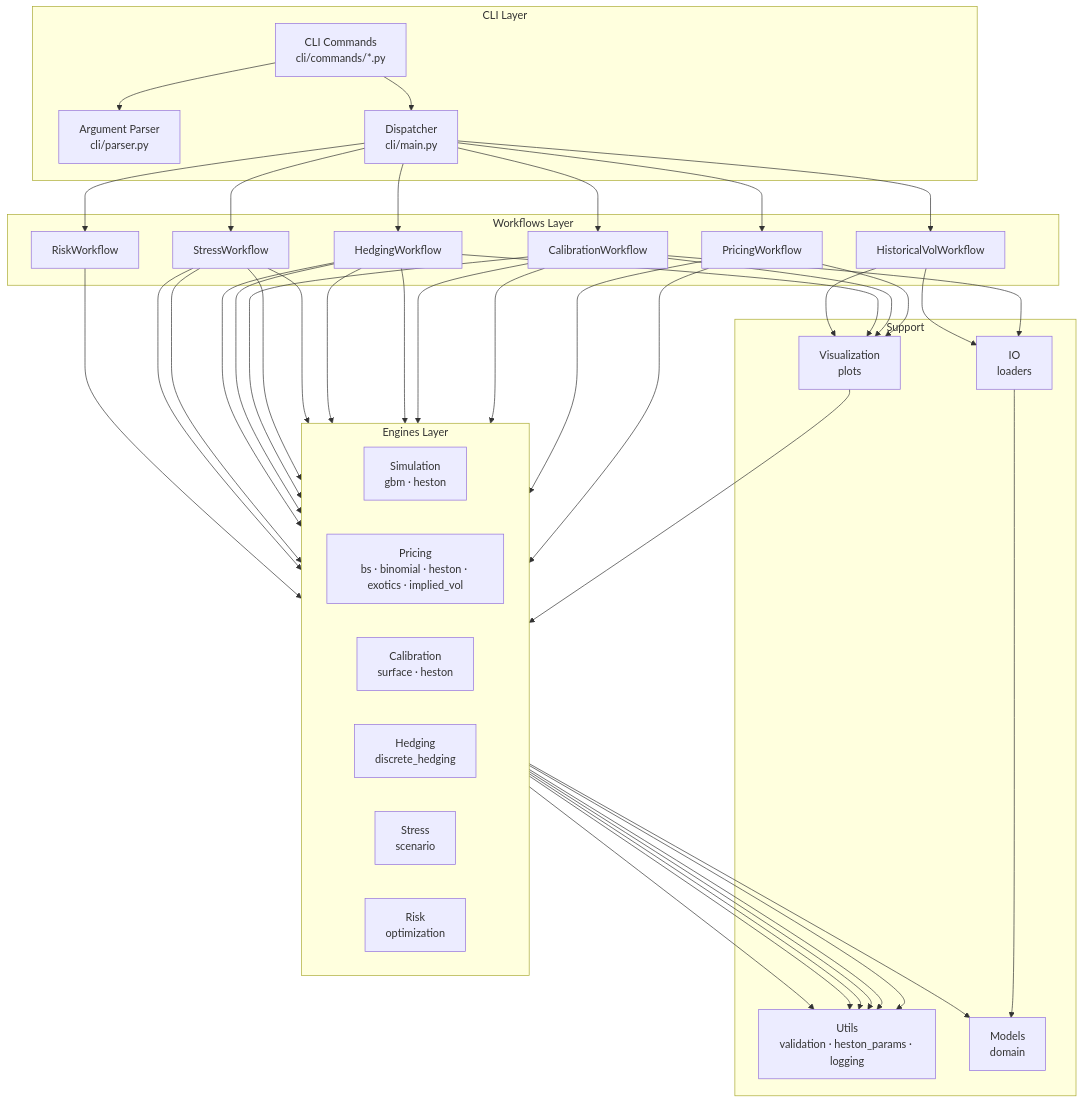
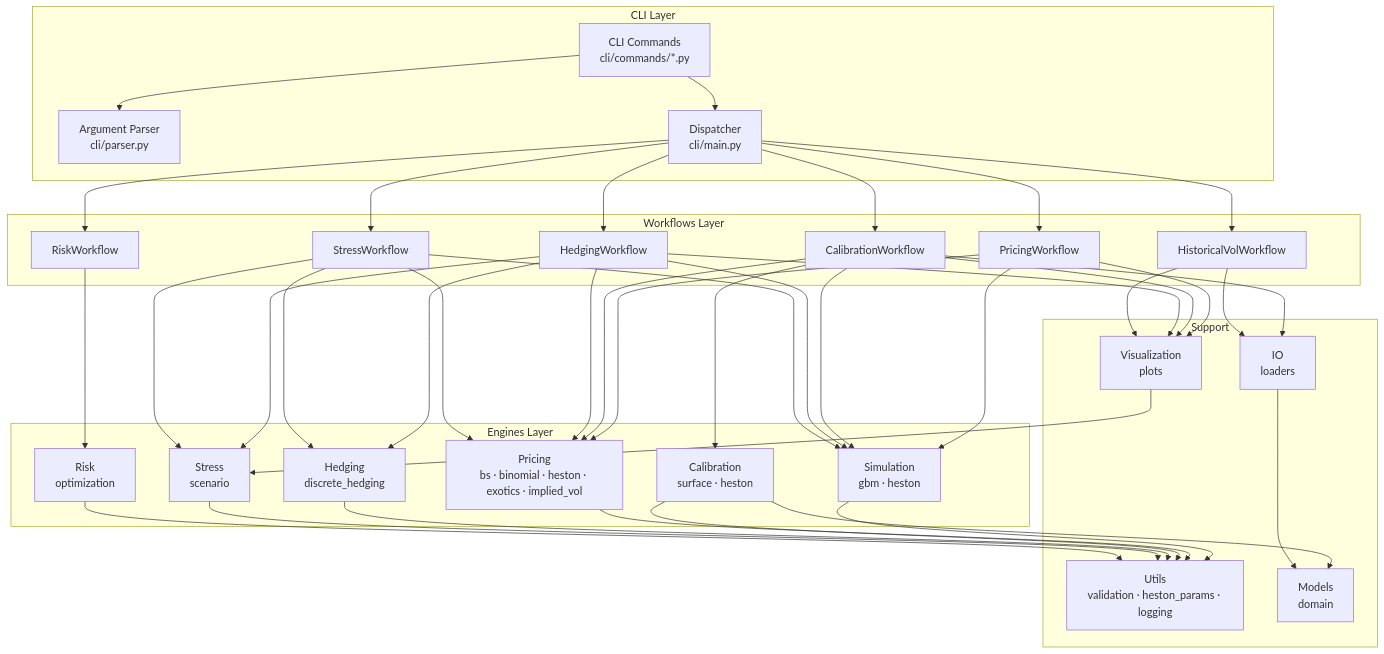
The first of 8 diagrams in docs/CLI_REFERENCE.md (francescopionatale/derivatives-pricing-model), drawn with Mermaid before and after one commit. The commit also changed other lines of this file, not shown here.

Commit message:
fix: remove invalid Mermaid syntax causing yellow blocks

````diff
--- a/docs/CLI_REFERENCE.md
+++ b/docs/CLI_REFERENCE.md
@@ -9,47 +9,46 @@
 ```mermaid
 graph TD
     subgraph CLI["CLI Layer"]
         CMD["CLI Commands\ncli/commands/*.py"]
         PARSER["Argument Parser\ncli/parser.py"]
         MAIN["Dispatcher\ncli/main.py"]
     end
 
     subgraph WF["Workflows Layer"]
         PW["PricingWorkflow"]
         CW["CalibrationWorkflow"]
         HW["HedgingWorkflow"]
         SW["StressWorkflow"]
         RW["RiskWorkflow"]
         HVW["HistoricalVolWorkflow"]
     end
 
     subgraph ENG["Engines Layer"]
-        direction LR
         SIM["Simulation\ngbm · heston"]
         PRC["Pricing\nbs · binomial · heston · exotics · implied_vol"]
         CAL["Calibration\nsurface · heston"]
         HDG["Hedging\ndiscrete_hedging"]
         STR["Stress\nscenario"]
         RSK["Risk\noptimization"]
     end
 
     subgraph SUP["Support"]
         IO["IO\nloaders"]
         VIZ["Visualization\nplots"]
         UTL["Utils\nvalidation · heston_params · logging"]
         MDL["Models\ndomain"]
     end
 
     CMD --> PARSER
     CMD --> MAIN
     MAIN --> PW & CW & HW & SW & RW & HVW
     PW & CW & HW & SW --> SIM & PRC
     CW --> CAL
     HW & SW --> HDG & STR
     RW --> RSK
     CW & HVW --> IO
     PW & CW & HW & HVW --> VIZ
     SIM & PRC & CAL & HDG & STR & RSK --> UTL
     CAL & IO --> MDL
     VIZ --> STR
 ```
````
